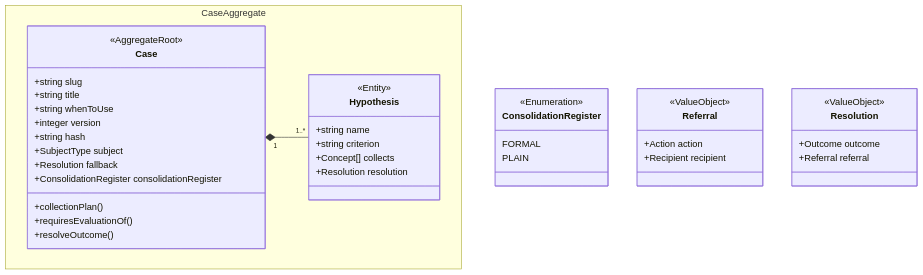
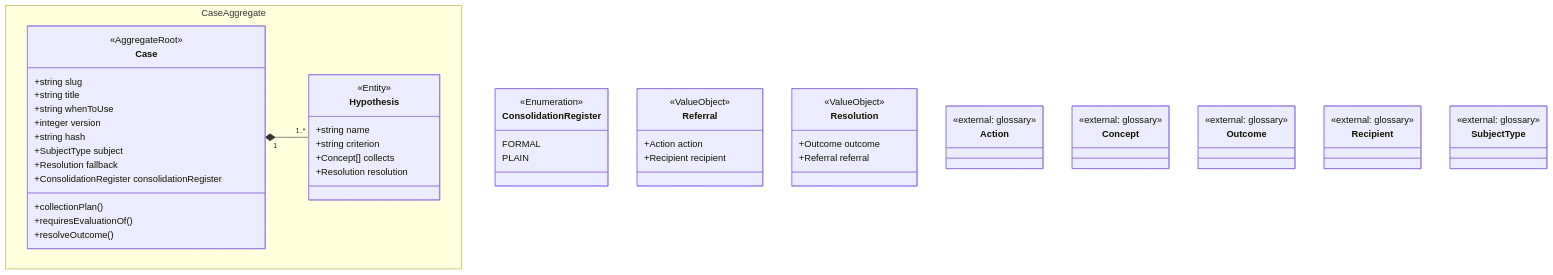
One commit to zig999/servicedesk changed the diagram in knowledge/projections/class-diagram-knowledge.mmd. Above: the diagram before and after it, drawn with Mermaid. The commit also changed 17 other files, not shown here.

```diff
--- a/knowledge/projections/class-diagram-knowledge.mmd
+++ b/knowledge/projections/class-diagram-knowledge.mmd
@@ -1,40 +1,55 @@
 classDiagram
     namespace CaseAggregate {
         class Case {
             <<AggregateRoot>>
             +string slug
             +string title
             +string whenToUse
             +integer version
             +string hash
             +SubjectType subject
             +Resolution fallback
             +ConsolidationRegister consolidationRegister
             +collectionPlan()
             +requiresEvaluationOf()
             +resolveOutcome()
         }
         class Hypothesis {
             <<Entity>>
             +string name
             +string criterion
             +Concept[] collects
             +Resolution resolution
         }
     }
     class ConsolidationRegister {
         <<Enumeration>>
         FORMAL
         PLAIN
     }
     class Referral {
         <<ValueObject>>
         +Action action
         +Recipient recipient
     }
     class Resolution {
         <<ValueObject>>
         +Outcome outcome
         +Referral referral
     }
+    class Action {
+        <<external: glossary>>
+    }
+    class Concept {
+        <<external: glossary>>
+    }
+    class Outcome {
+        <<external: glossary>>
+    }
+    class Recipient {
+        <<external: glossary>>
+    }
+    class SubjectType {
+        <<external: glossary>>
+    }
     Case "1" *-- "1..*" Hypothesis
```
